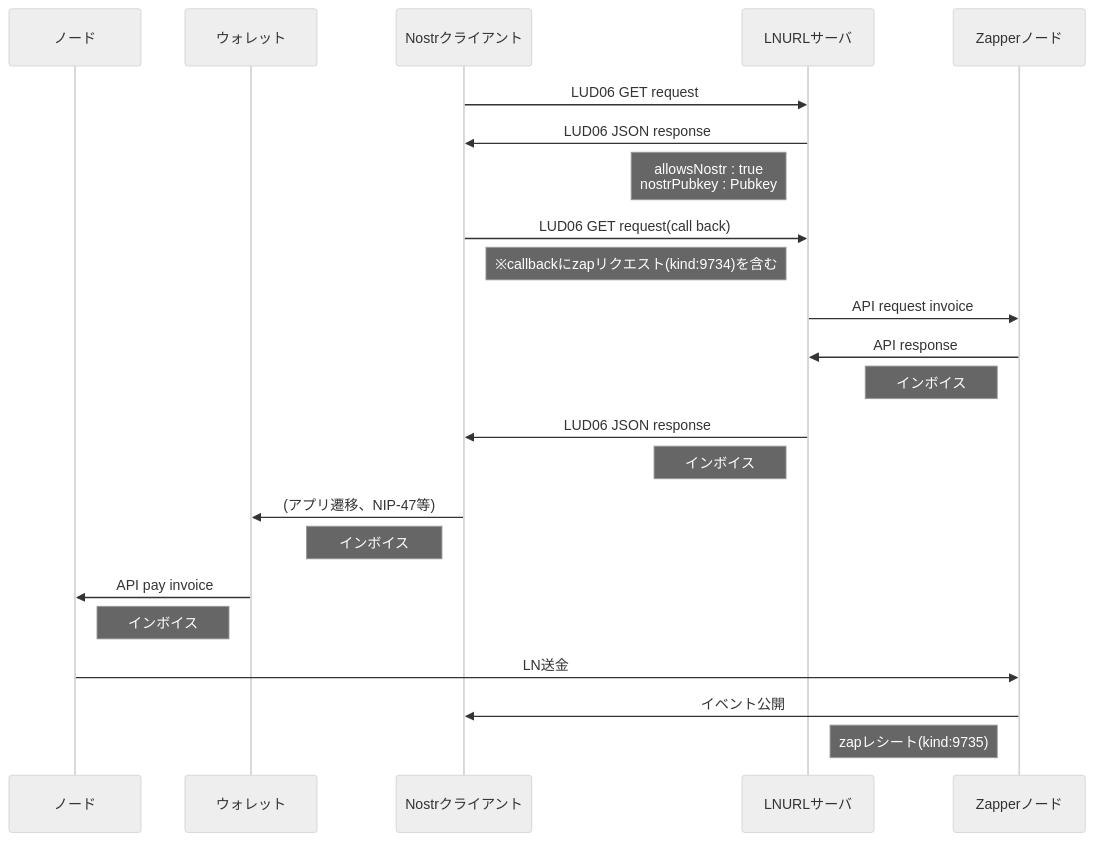
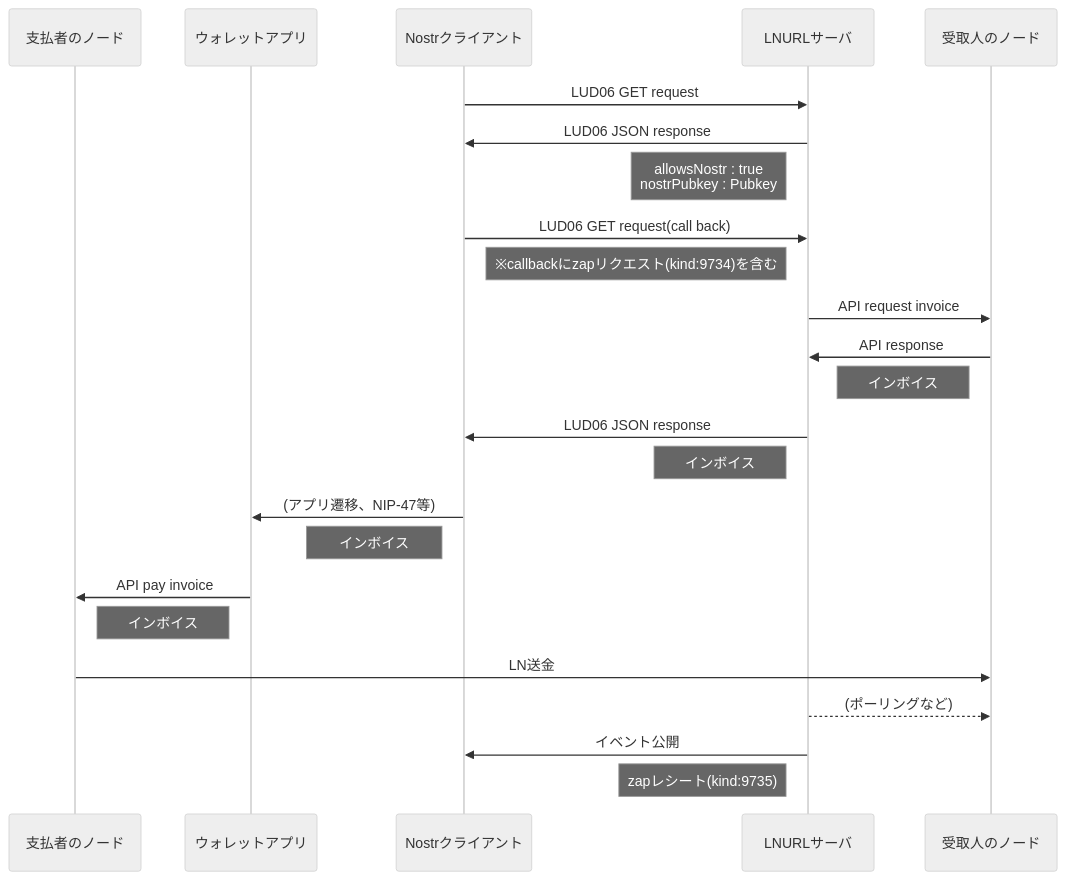
Before and after one commit to GDur4n66/my-documents: the diagram in NIP-57flow.md, drawn with Mermaid (neutral theme).

````diff
--- a/NIP-57flow.md
+++ b/NIP-57flow.md
@@ -1,36 +1,38 @@
 ```mermaid
 sequenceDiagram
-    participant ノード
-    participant ウォレット
+    participant 支払者のノード
+    participant ウォレットアプリ
     participant Nostrクライアント
     participant LNURLサーバ
-    participant Zapperノード
+    participant 受取人のノード
 
     Nostrクライアント->>LNURLサーバ: LUD06 GET request
 
     LNURLサーバ->>Nostrクライアント: LUD06 JSON response
     Note left of LNURLサーバ: allowsNostr : true <br/>nostrPubkey : Pubkey
     
     Nostrクライアント->>LNURLサーバ: LUD06 GET request(call back) 
     Note right of Nostrクライアント: ※callbackにzapリクエスト(kind:9734)を含む
     
-    LNURLサーバ->>Zapperノード: API request invoice
+    LNURLサーバ->>受取人のノード: API request invoice
     
-    Zapperノード->>LNURLサーバ: API response
-    Note left of Zapperノード: インボイス
+    受取人のノード->>LNURLサーバ: API response
+    Note left of 受取人のノード: インボイス
     
     LNURLサーバ->>Nostrクライアント: LUD06 JSON response
     Note left of LNURLサーバ: インボイス
 
-    Nostrクライアント->>ウォレット: (アプリ遷移、NIP-47等)
+    Nostrクライアント->>ウォレットアプリ: (アプリ遷移、NIP-47等)
     Note left of Nostrクライアント: インボイス
 
-    ウォレット->>ノード: API pay invoice
-    Note left of ウォレット: インボイス
+    ウォレットアプリ->>支払者のノード: API pay invoice
+    Note left of ウォレットアプリ: インボイス
 
-    ノード->>Zapperノード: LN送金
+    支払者のノード->>受取人のノード: LN送金
     
-    Zapperノード->>Nostrクライアント: イベント公開
-    Note left of Zapperノード: zapレシート(kind:9735)
+    LNURLサーバ-->>受取人のノード: (ポーリングなど)
+    
+    LNURLサーバ->>Nostrクライアント: イベント公開
+    Note left of LNURLサーバ: zapレシート(kind:9735)
 
 ```
````
